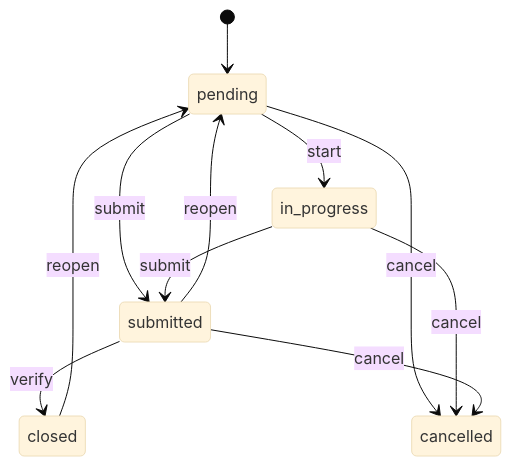
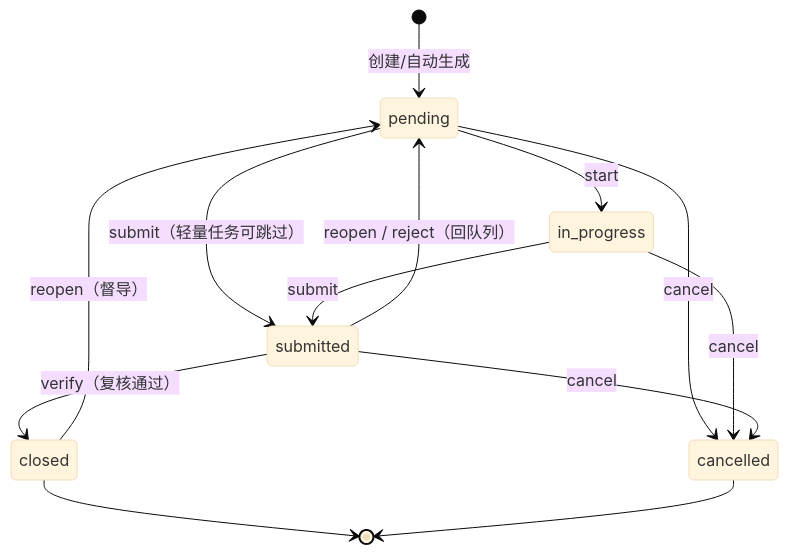
Before and after one commit to yuanmajun29-collab/hotpot_smart_ops: the second of 3 diagrams in docs/task_supervision_engine_design.md, drawn with Mermaid (base theme). The commit also changed other lines of this file, not shown here.

````diff
--- a/docs/task_supervision_engine_design.md
+++ b/docs/task_supervision_engine_design.md
@@ -49,13 +120,15 @@
 ```mermaid
 stateDiagram-v2
-    [*] --> pending
+    [*] --> pending: 创建/自动生成
     pending --> in_progress: start
-    pending --> submitted: submit
+    pending --> submitted: submit（轻量任务可跳过）
     in_progress --> submitted: submit
-    submitted --> closed: verify
-    submitted --> pending: reopen
-    closed --> pending: reopen
+    submitted --> closed: verify（复核通过）
+    submitted --> pending: reopen / reject（回队列）
+    closed --> pending: reopen（督导）
     pending --> cancelled: cancel
     in_progress --> cancelled: cancel
     submitted --> cancelled: cancel
+    closed --> [*]
+    cancelled --> [*]
 ```
````
